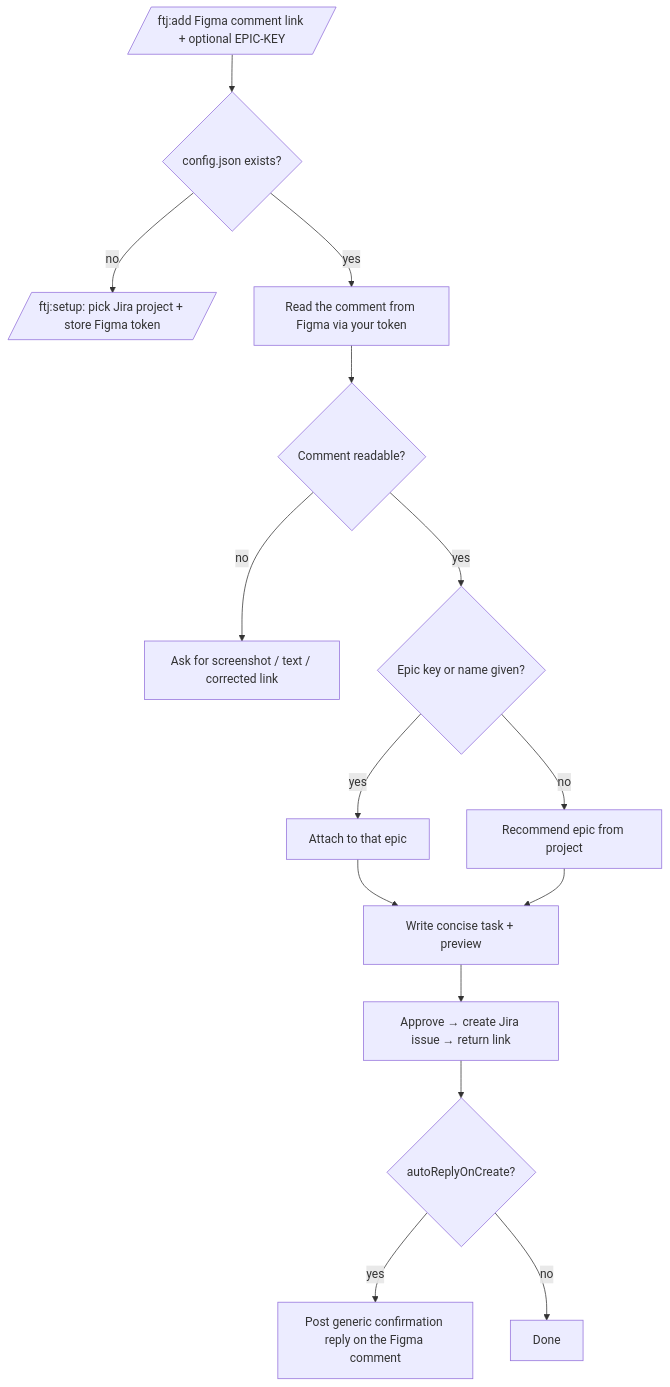
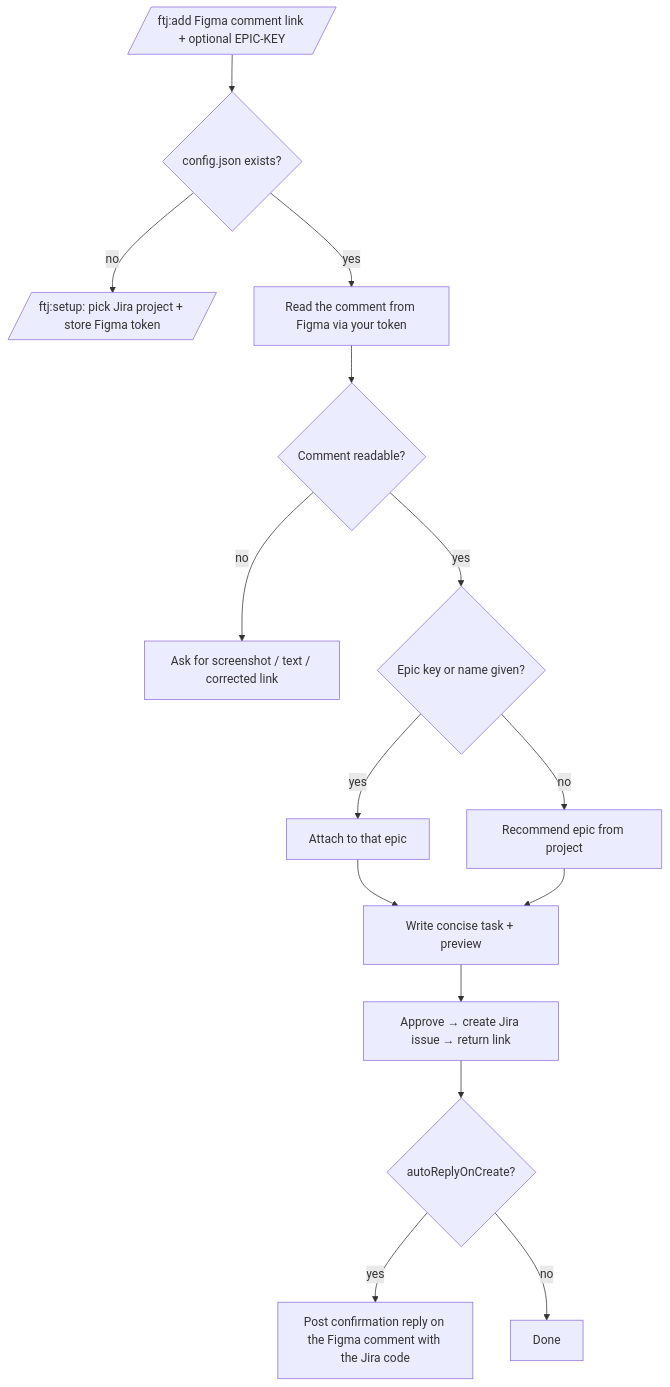
One commit to jkurczewski/figma-to-jira changed the diagram in README.md. Above: the diagram before and after it, drawn with Mermaid. The commit also changed other lines of this file and 3 other files, not shown here.

Commit message:
feat: v0.6 — append Jira issue key to the Figma auto-reply, e.g. (SHELL-518)

````diff
--- a/README.md
+++ b/README.md
@@ -13,17 +13,17 @@
 ```mermaid
 flowchart TD
     A[/ftj:add Figma comment link + optional EPIC-KEY/] --> B{config.json exists?}
     B -- no --> S[/ftj:setup: pick Jira project + store Figma token/]
     B -- yes --> C[Read the comment from Figma via your token]
     C --> D{Comment readable?}
     D -- no --> E[Ask for screenshot / text / corrected link]
     D -- yes --> F{Epic key or name given?}
     F -- yes --> G[Attach to that epic]
     F -- no --> H[Recommend epic from project]
     G --> I[Write concise task + preview]
     H --> I
     I --> J[Approve → create Jira issue → return link]
     J --> K{autoReplyOnCreate?}
-    K -- yes --> L[Post generic confirmation reply on the Figma comment]
+    K -- yes --> L[Post confirmation reply on the Figma comment with the Jira code]
     K -- no --> M[Done]
 ```
````
